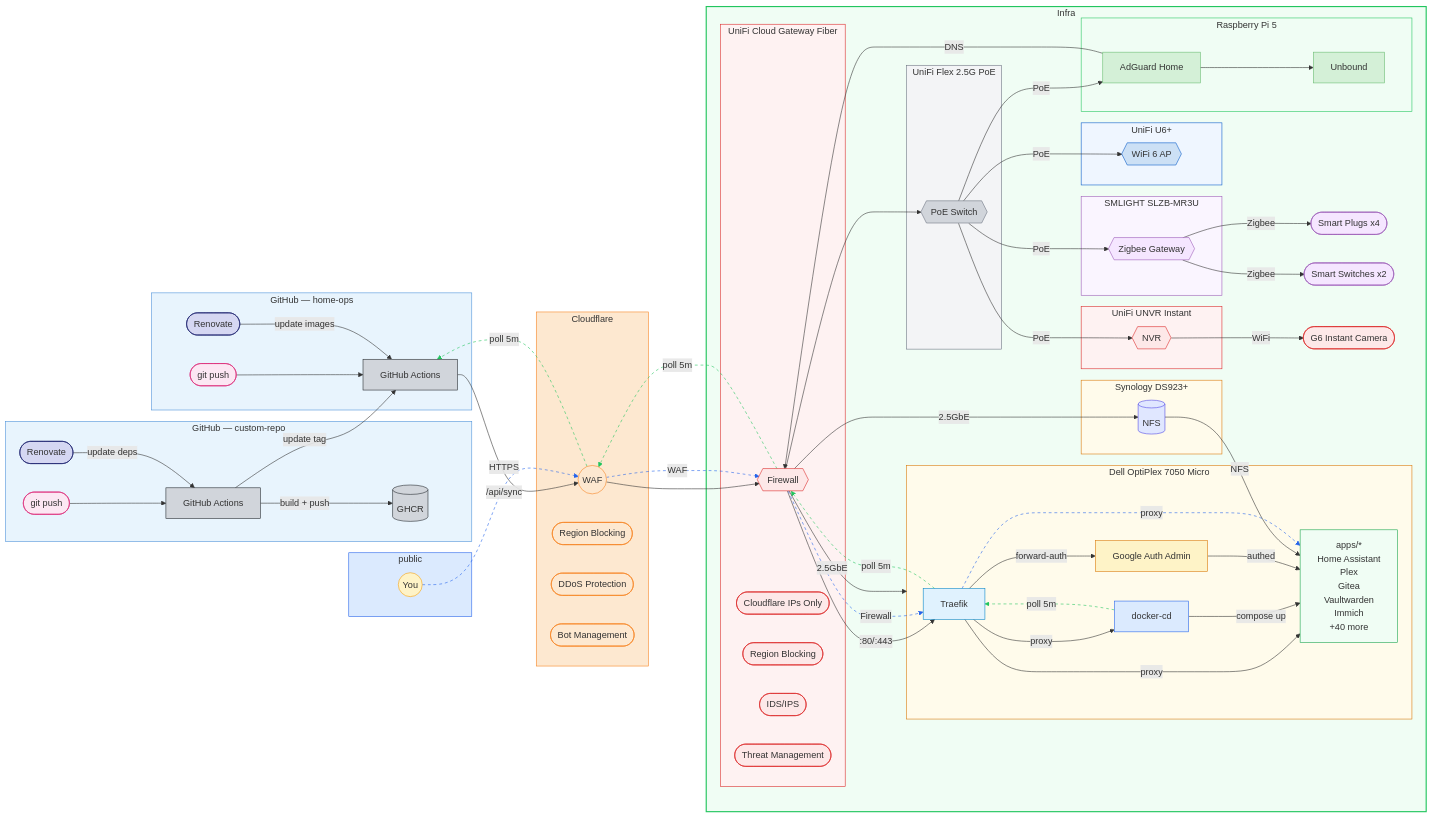
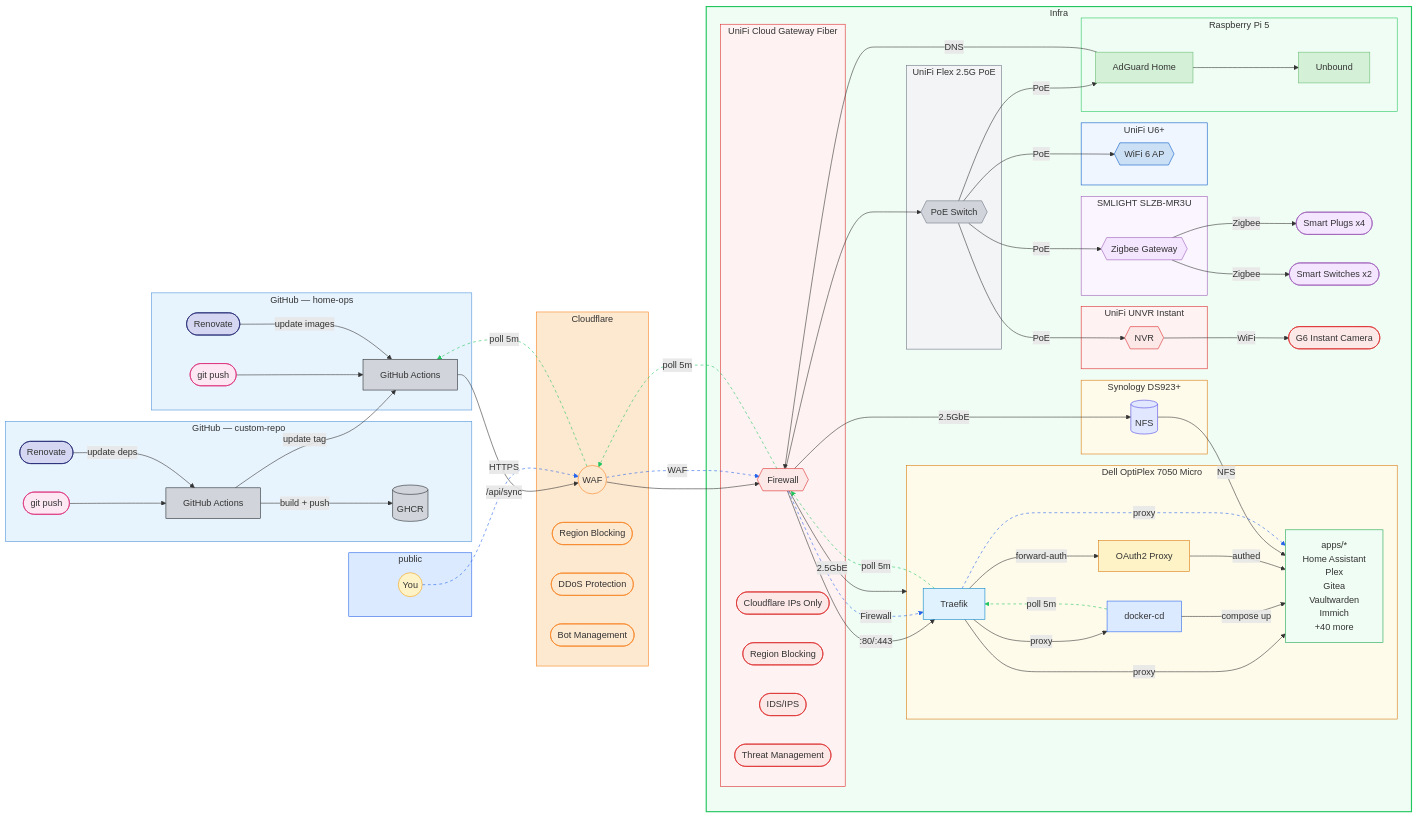
Before and after one commit to wajeht/home-ops: the diagram in README.md, drawn with Mermaid. The commit also changed 42 other files, not shown here.

Commit message:
refactor(auth): replace google-auth-admin with oauth2-proxy

```diff
--- a/README.md
+++ b/README.md
@@ -47,7 +47,7 @@
         subgraph dell[Dell OptiPlex 7050 Micro]
             docker_cd[docker-cd] -->|compose up| apps
             traefik[Traefik] -->|proxy| docker_cd
-            traefik -->|forward-auth| google_auth_admin[Google Auth Admin] -->|authed| apps
+            traefik -->|forward-auth| oauth2_proxy[OAuth2 Proxy] -->|authed| apps
 
             apps["apps/*
             Home Assistant
@@ -135,7 +135,7 @@
     style ap fill:#cce0f5,stroke:#0559c9,color:#333
     style traefik fill:#e0f2fe,stroke:#0284c7,color:#333
     style docker_cd fill:#dbeafe,stroke:#2563eb,color:#333
-    style google_auth_admin fill:#fef3c7,stroke:#d97706,color:#333
+    style oauth2_proxy fill:#fef3c7,stroke:#d97706,color:#333
     style apps fill:#f0fdf4,stroke:#16a34a,color:#333
     style nfs fill:#e0e7ff,stroke:#4f46e5,color:#333
     classDef trigger fill:#fce7f3,stroke:#db2777,color:#333
```
